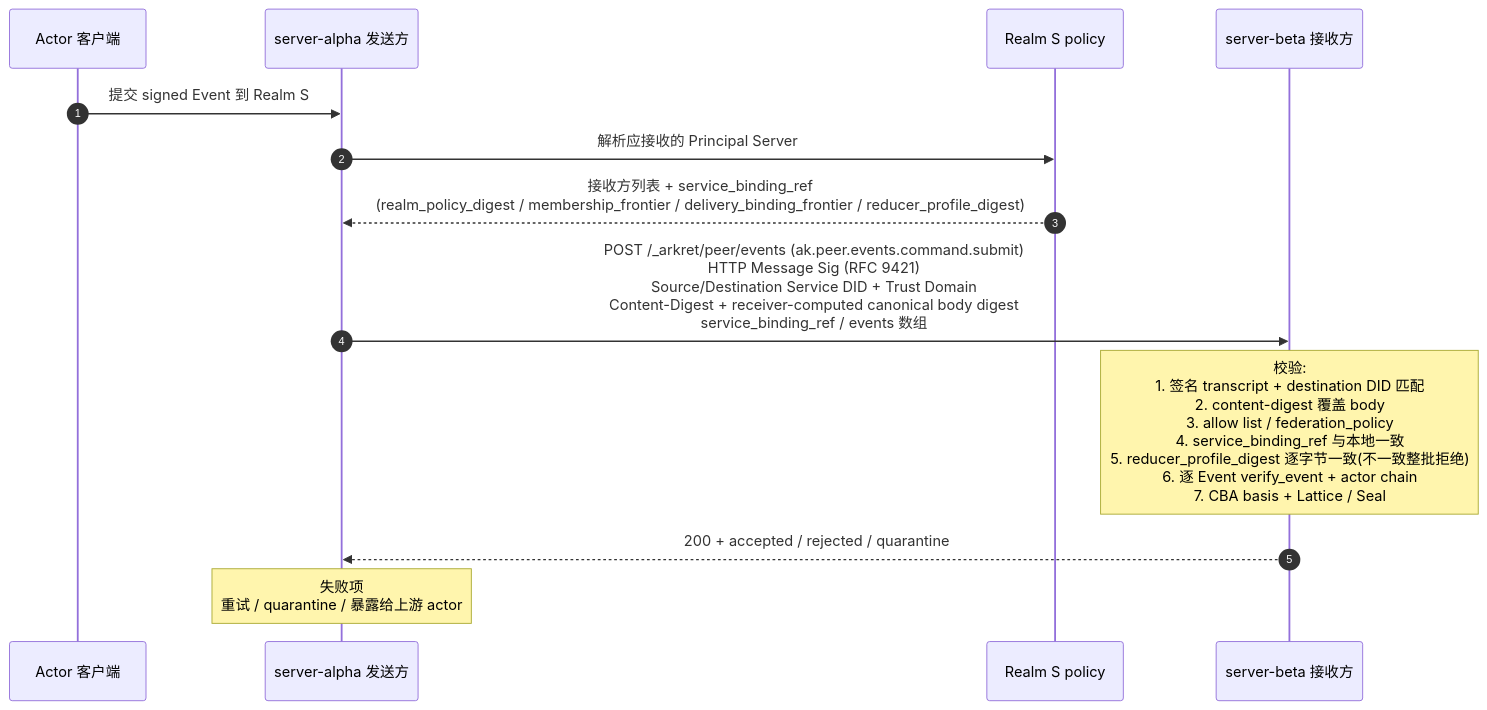
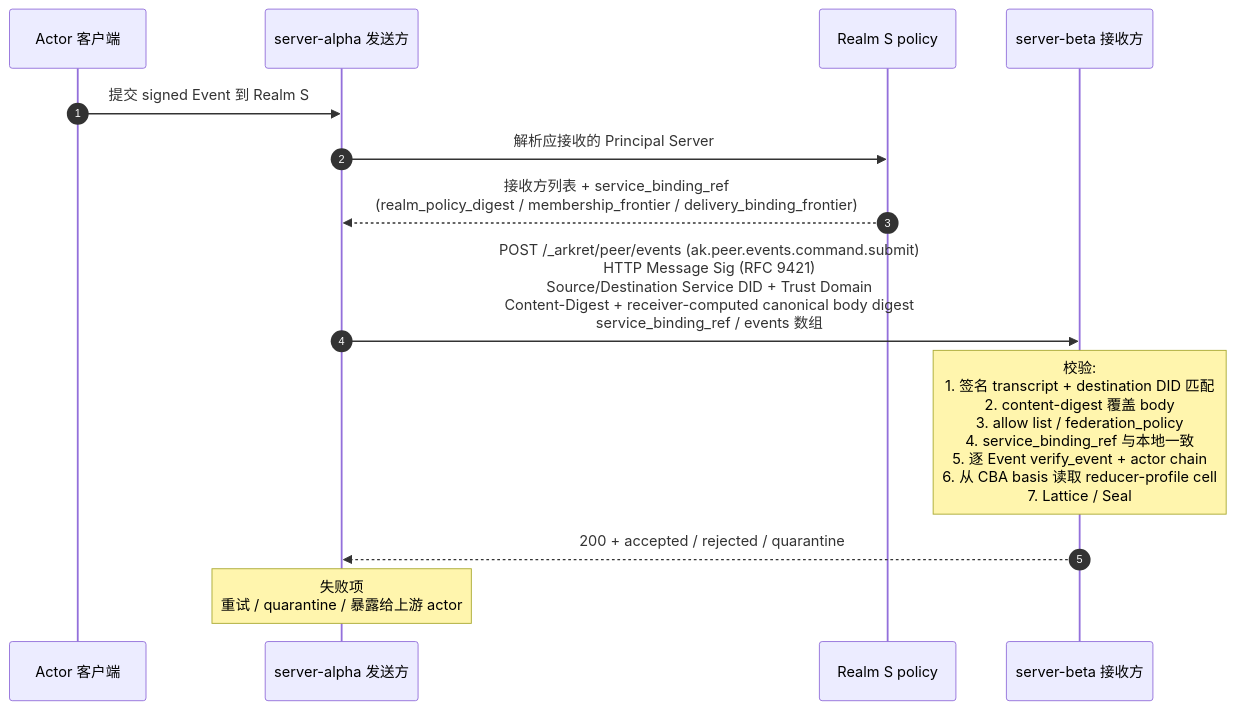
The diagram in spec/v1/zh/sync/federation.md (arkret-org/arkret-spec), drawn with Mermaid before and after one commit. The commit also changed other lines of this file and 45 other files, not shown here.

Commit message:
feat(protocol): simplify reducer profile authority

````diff
--- a/spec/v1/zh/sync/federation.md
+++ b/spec/v1/zh/sync/federation.md
@@ -572,16 +553,16 @@
 ```mermaid
 sequenceDiagram
     autonumber
     participant Cli as Actor 客户端
     participant Alpha as server-alpha 发送方
     participant Pol as Realm S policy
     participant Beta as server-beta 接收方
 
     Cli->>Alpha: 提交 signed Event 到 Realm S
     Alpha->>Pol: 解析应接收的 Principal Server
-    Pol-->>Alpha: 接收方列表 + service_binding_ref<br>(realm_policy_digest / membership_frontier / delivery_binding_frontier / reducer_profile_digest)
+    Pol-->>Alpha: 接收方列表 + service_binding_ref<br>(realm_policy_digest / membership_frontier / delivery_binding_frontier)
     Alpha->>Beta: POST /_arkret/peer/events (ak.peer.events.command.submit)<br>HTTP Message Sig (RFC 9421)<br>Source/Destination Service DID + Trust Domain<br>Content-Digest + receiver-computed canonical body digest<br>service_binding_ref / events 数组
-    note over Beta: 校验:<br>1. 签名 transcript + destination DID 匹配<br>2. content-digest 覆盖 body<br>3. allow list / federation_policy<br>4. service_binding_ref 与本地一致<br>5. reducer_profile_digest 逐字节一致(不一致整批拒绝)<br>6. 逐 Event verify_event + actor chain<br>7. CBA basis + Lattice / Seal
+    note over Beta: 校验:<br>1. 签名 transcript + destination DID 匹配<br>2. content-digest 覆盖 body<br>3. allow list / federation_policy<br>4. service_binding_ref 与本地一致<br>5. 逐 Event verify_event + actor chain<br>6. 从 CBA basis 读取 reducer-profile cell<br>7. Lattice / Seal
     Beta-->>Alpha: 200 + accepted / rejected / quarantine
     note over Alpha: 失败项<br>重试 / quarantine / 暴露给上游 actor
 ```
````
